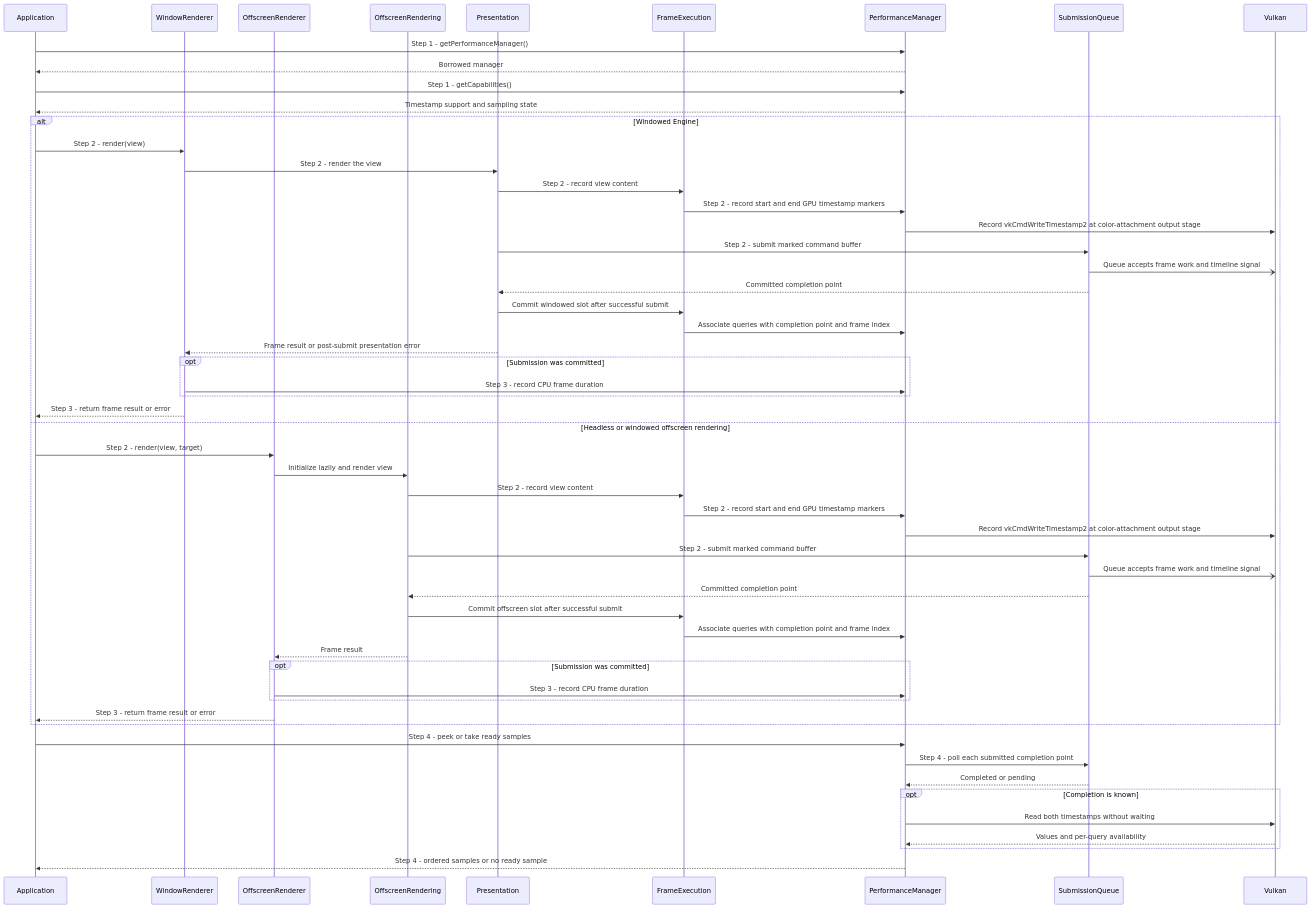
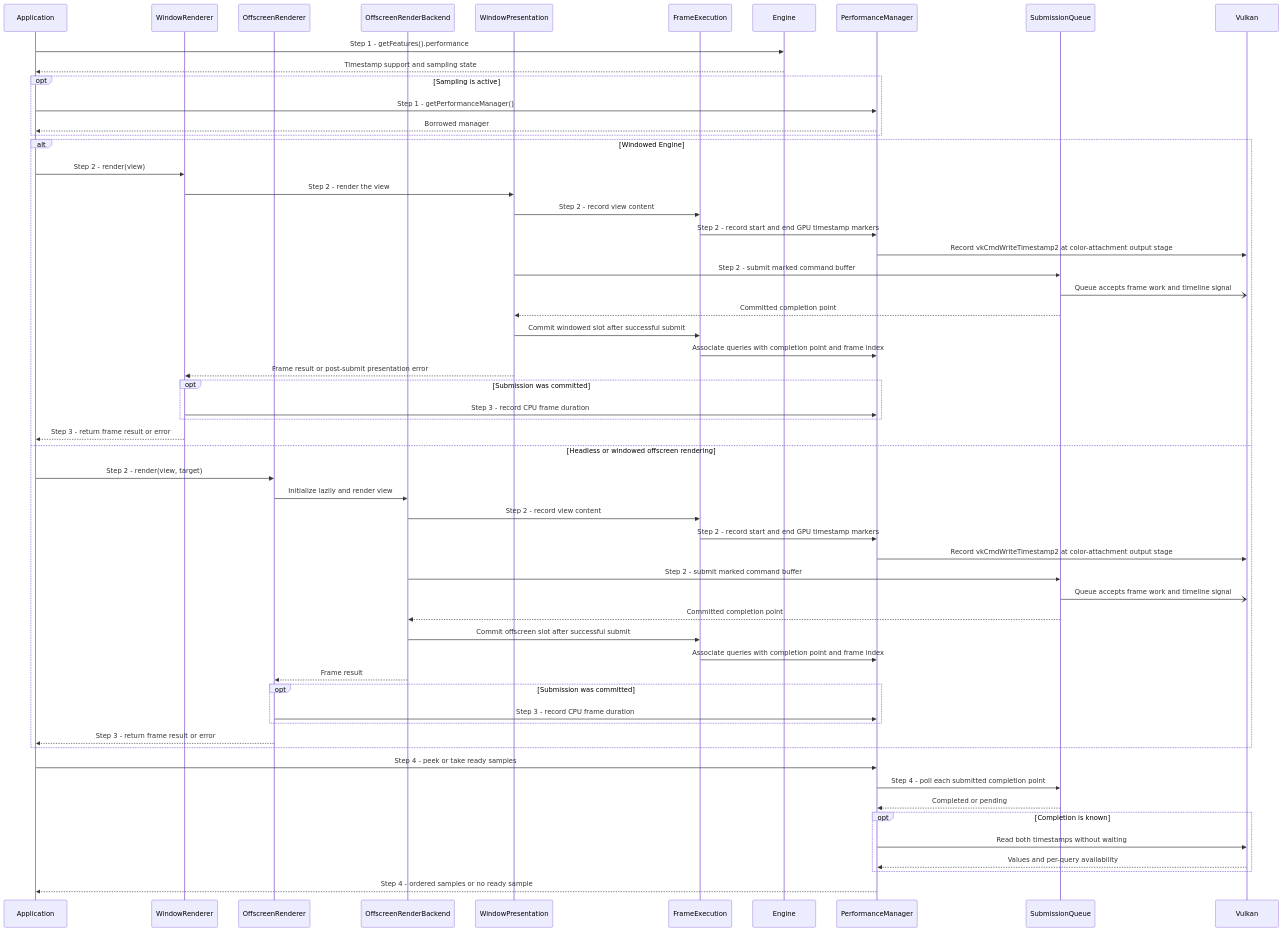
One commit to a-soltysik/Panda changed the diagram in docs/use-cases/collect-frame-timings.md. Above: the diagram before and after it, drawn with Mermaid. The commit also changed other lines of this file and 83 other files, not shown here.

Commit message:
Report optional Engine features and guard unavailable services (#130)

````diff
--- a/docs/use-cases/collect-frame-timings.md
+++ b/docs/use-cases/collect-frame-timings.md
@@ -62,57 +66,60 @@
 ```mermaid
 sequenceDiagram
     participant A as Application
     participant W as WindowRenderer
     participant R as OffscreenRenderer
-    participant F as OffscreenRendering
-    participant P as Presentation
+    participant F as OffscreenRenderBackend
+    participant P as WindowPresentation
     participant E as FrameExecution
+    participant G as Engine
     participant M as PerformanceManager
     participant Q as SubmissionQueue
     participant V as Vulkan
-    A ->> M: Step 1 - getPerformanceManager()
-    M -->> A: Borrowed manager
-    A ->> M: Step 1 - getCapabilities()
-    M -->> A: Timestamp support and sampling state
+    A ->> G: Step 1 - getFeatures().performance
+    G -->> A: Timestamp support and sampling state
+    opt Sampling is active
+        A ->> M: Step 1 - getPerformanceManager()
+        M -->> A: Borrowed manager
+    end
     alt Windowed Engine
         A ->> W: Step 2 - render(view)
         W ->> P: Step 2 - render the view
         P ->> E: Step 2 - record view content
         E ->> M: Step 2 - record start and end GPU timestamp markers
         M ->> V: Record vkCmdWriteTimestamp2 at color-attachment output stage
         P ->> Q: Step 2 - submit marked command buffer
         Q -) V: Queue accepts frame work and timeline signal
         Q -->> P: Committed completion point
         P ->> E: Commit windowed slot after successful submit
         E ->> M: Associate queries with completion point and frame index
         P -->> W: Frame result or post-submit presentation error
         opt Submission was committed
             W ->> M: Step 3 - record CPU frame duration
         end
         W -->> A: Step 3 - return frame result or error
     else Headless or windowed offscreen rendering
         A ->> R: Step 2 - render(view, target)
         R ->> F: Initialize lazily and render view
         F ->> E: Step 2 - record view content
         E ->> M: Step 2 - record start and end GPU timestamp markers
         M ->> V: Record vkCmdWriteTimestamp2 at color-attachment output stage
         F ->> Q: Step 2 - submit marked command buffer
         Q -) V: Queue accepts frame work and timeline signal
         Q -->> F: Committed completion point
         F ->> E: Commit offscreen slot after successful submit
         E ->> M: Associate queries with completion point and frame index
         F -->> R: Frame result
         opt Submission was committed
             R ->> M: Step 3 - record CPU frame duration
         end
         R -->> A: Step 3 - return frame result or error
     end
     A ->> M: Step 4 - peek or take ready samples
     M ->> Q: Step 4 - poll each submitted completion point
     Q -->> M: Completed or pending
     opt Completion is known
         M ->> V: Read both timestamps without waiting
         V -->> M: Values and per-query availability
     end
     M -->> A: Step 4 - ordered samples or no ready sample
 ```
````
